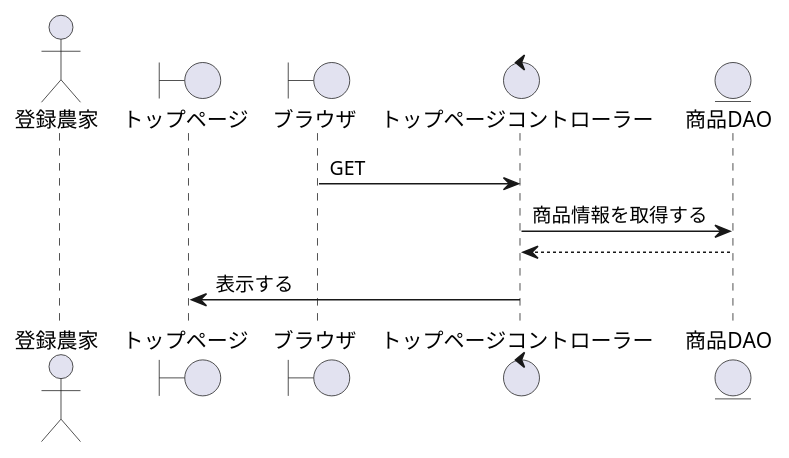
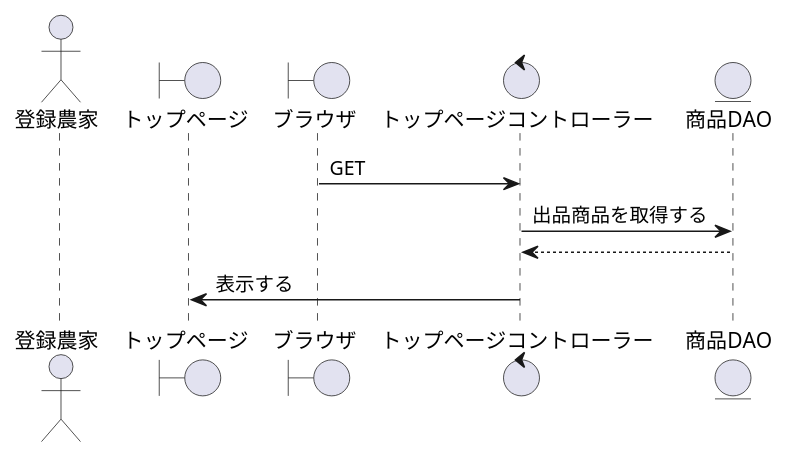
The diagram in PJ_シーケンス/農家/トップページ表示.wsd (SK-B-S/PJ), drawn with PlantUML before and after one commit. The commit also changed 27 other files, not shown here.

```diff
--- a/PJ_シーケンス/農家/トップページ表示.wsd
+++ b/PJ_シーケンス/農家/トップページ表示.wsd
@@ -1,16 +1,16 @@
 @startuml トップページを表示
 
 actor    "登録農家" as act
 boundary "トップページ" as Top
 boundary "ブラウザ" as brz
 control  "トップページコントローラー" as Acquisition_c
 entity   "商品DAO" as merchandise
 
 '-------------------------------------------------------------------------------------------
 
 brz -> Acquisition_c : GET
-Acquisition_c -> merchandise : 商品情報を取得する
+Acquisition_c -> merchandise : 出品商品を取得する
 Acquisition_c <-- merchandise
 Top <- Acquisition_c : 表示する
 
 @enduml
```
